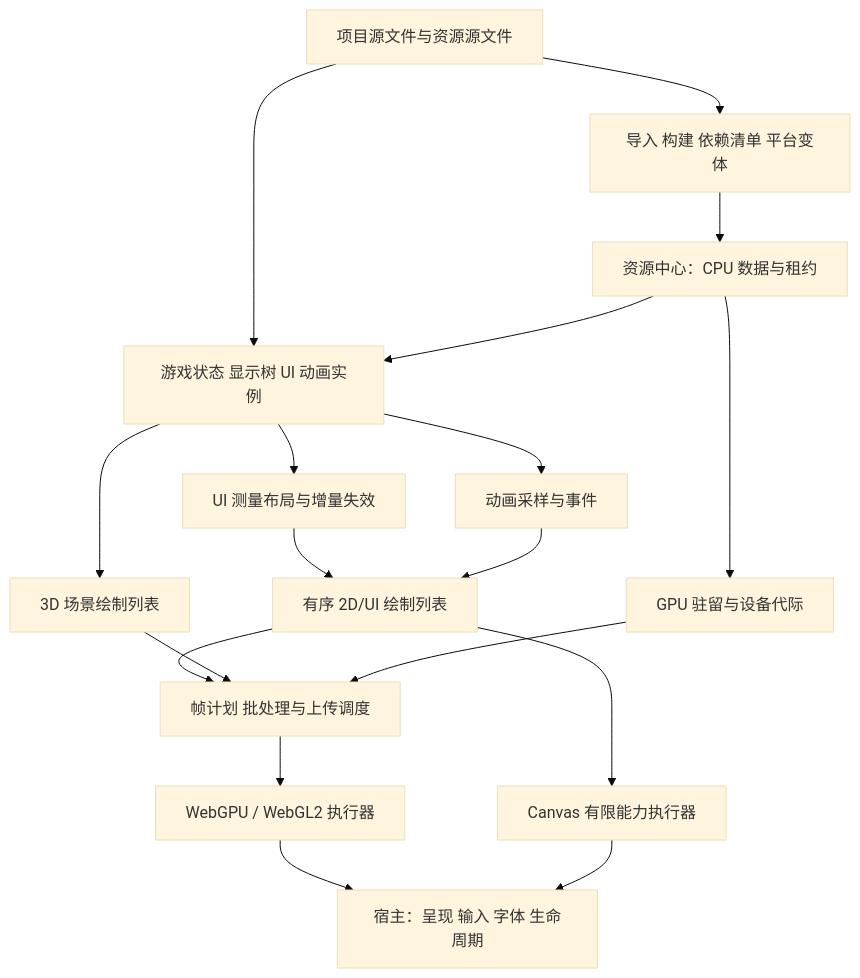
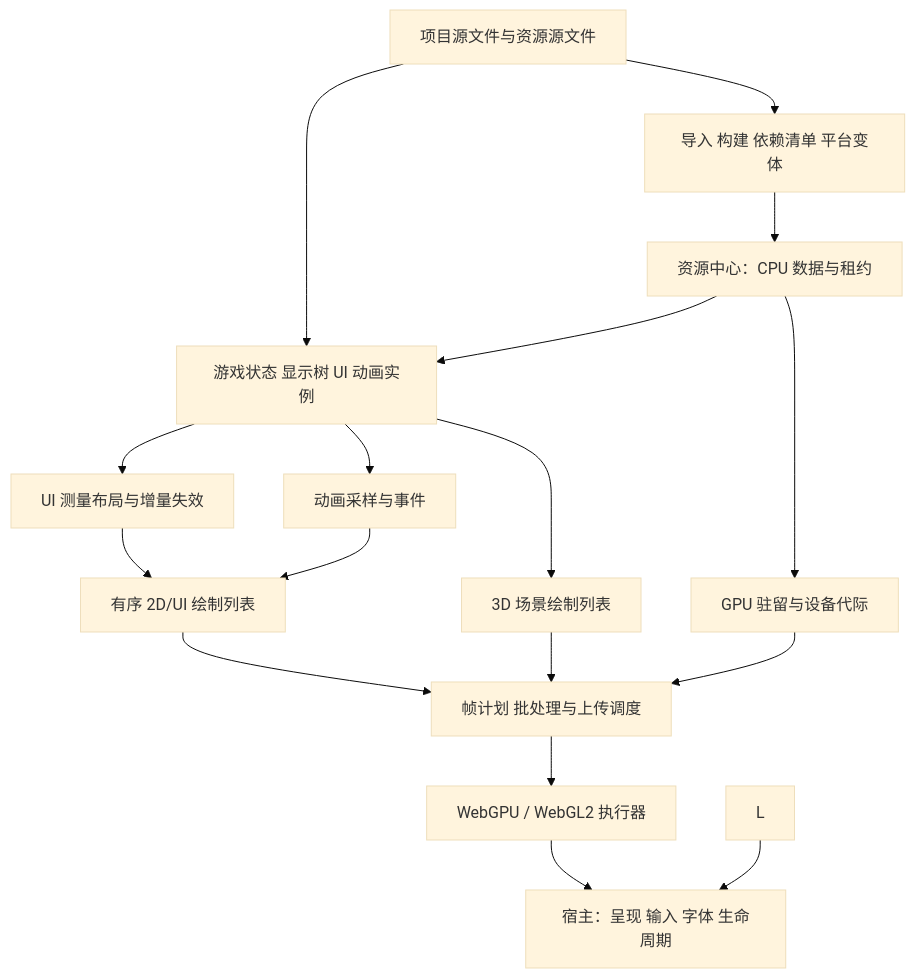
Before and after one commit to cnedwin/Egret_rebuild: the first of 2 diagrams in knowledge-base/Cns/docs/architecture-and-engineering-plan.md, drawn with Mermaid (base theme). The commit also changed other lines of this file and 31 other files, not shown here.

````diff
--- a/knowledge-base/Cns/docs/architecture-and-engineering-plan.md
+++ b/knowledge-base/Cns/docs/architecture-and-engineering-plan.md
@@ -43,20 +43,19 @@
 ```mermaid
 flowchart TD
     A[项目源文件与资源源文件] --> B[导入 构建 依赖清单 平台变体]
     B --> C[资源中心：CPU 数据与租约]
     A --> D[游戏状态 显示树 UI 动画实例]
     C --> D
     D --> E[UI 测量布局与增量失效]
     D --> F[动画采样与事件]
     E --> G[有序 2D/UI 绘制列表]
     F --> G
     D --> H[3D 场景绘制列表]
     G --> I[帧计划 批处理与上传调度]
     H --> I
     C --> J[GPU 驻留与设备代际]
     J --> I
     I --> K[WebGPU / WebGL2 执行器]
-    G --> L[Canvas 有限能力执行器]
     K --> M[宿主：呈现 输入 字体 生命周期]
     L --> M
 ```
````
